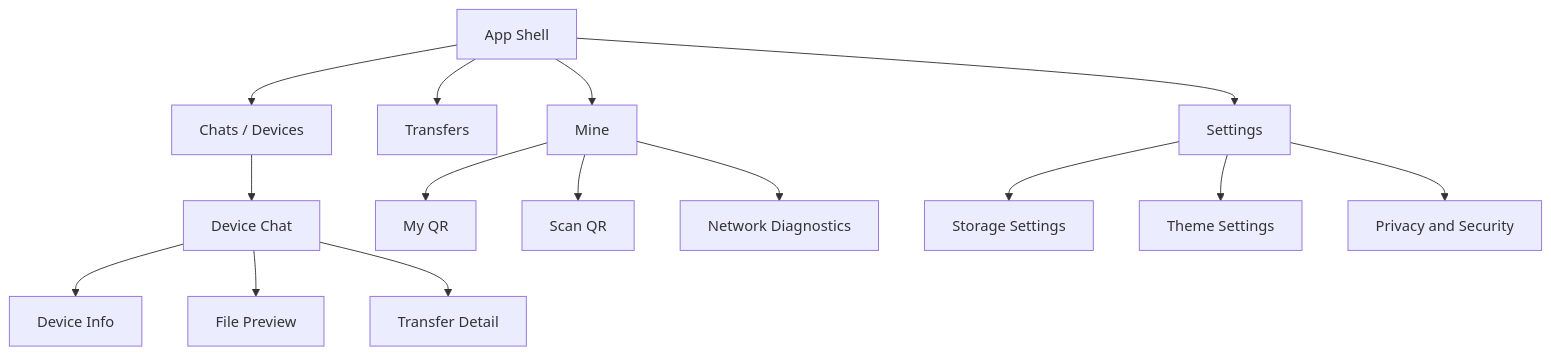
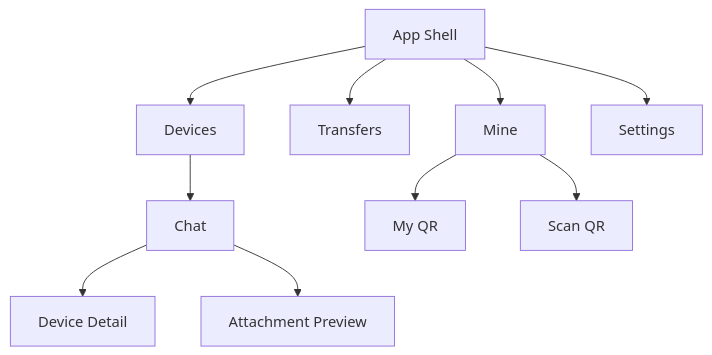
Before and after one commit to Dchll/hydrop: the diagram in lib/presentation/UI.md, drawn with Mermaid. The commit also changed other lines of this file and 115 other files, not shown here.

````diff
--- a/lib/presentation/UI.md
+++ b/lib/presentation/UI.md
@@ -40,17 +90,12 @@
 ```mermaid
 flowchart TD
-  A["App Shell"] --> B["Chats / Devices"]
+  A["App Shell"] --> B["Devices"]
   A --> C["Transfers"]
   A --> D["Mine"]
   A --> E["Settings"]
-  B --> F["Device Chat"]
-  F --> G["Device Info"]
-  F --> H["File Preview"]
-  F --> I["Transfer Detail"]
-  D --> J["My QR"]
-  D --> K["Scan QR"]
-  D --> L["Network Diagnostics"]
-  E --> M["Storage Settings"]
-  E --> N["Theme Settings"]
-  E --> O["Privacy and Security"]
+  B --> F["Chat"]
+  F --> G["Device Detail"]
+  F --> H["Attachment Preview"]
+  D --> I["My QR"]
+  D --> J["Scan QR"]
 ```
````
